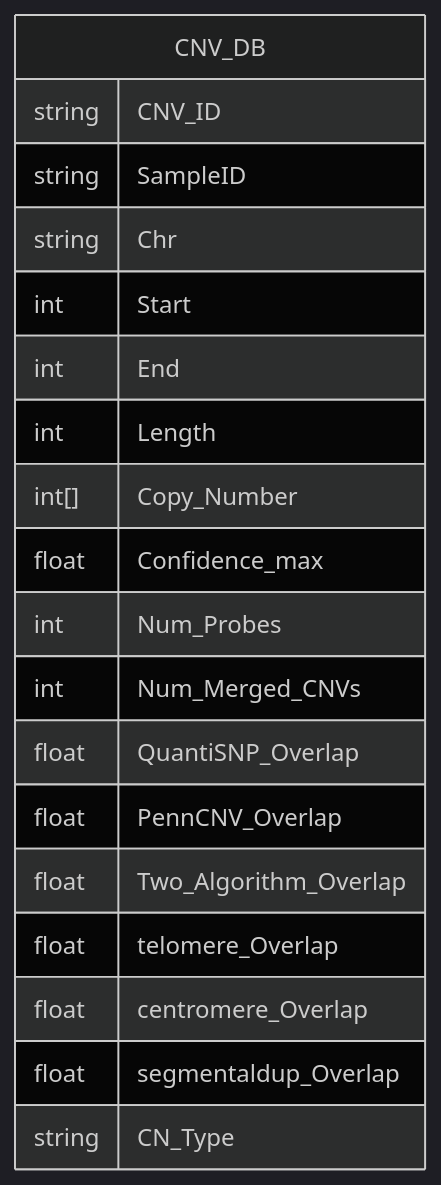
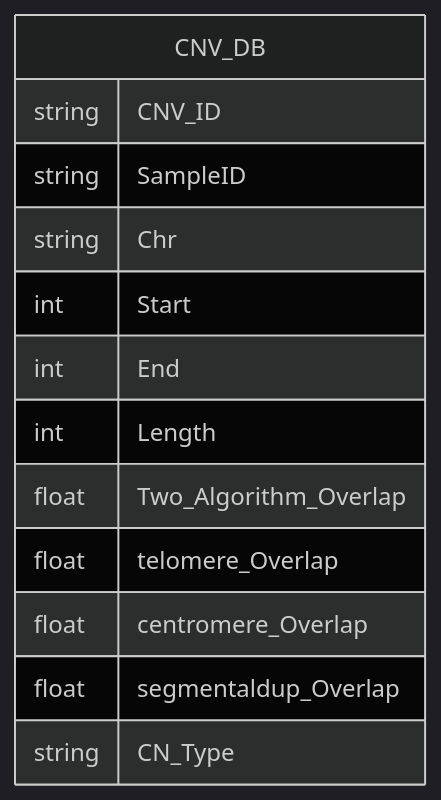
Before and after one commit to JacquemontLab/CNV-Annotation: the fourth of 4 diagrams in README.md, drawn with Mermaid (dark theme). The commit also changed other lines of this file and 13 other files, not shown here.

````diff
--- a/README.md
+++ b/README.md
@@ -93,24 +104,16 @@
  ```mermaid
 erDiagram
 CNV_DB {
     string CNV_ID
     string SampleID
     string Chr
     int Start
     int End
     int Length
-    int[]  Copy_Number
-    float Confidence_max
-    int Num_Probes
-    int Num_Merged_CNVs
-    float QuantiSNP_Overlap
-    float PennCNV_Overlap
     float Two_Algorithm_Overlap
     float telomere_Overlap
     float centromere_Overlap
     float segmentaldup_Overlap
     string CN_Type
-
-
 }
 ```
````
